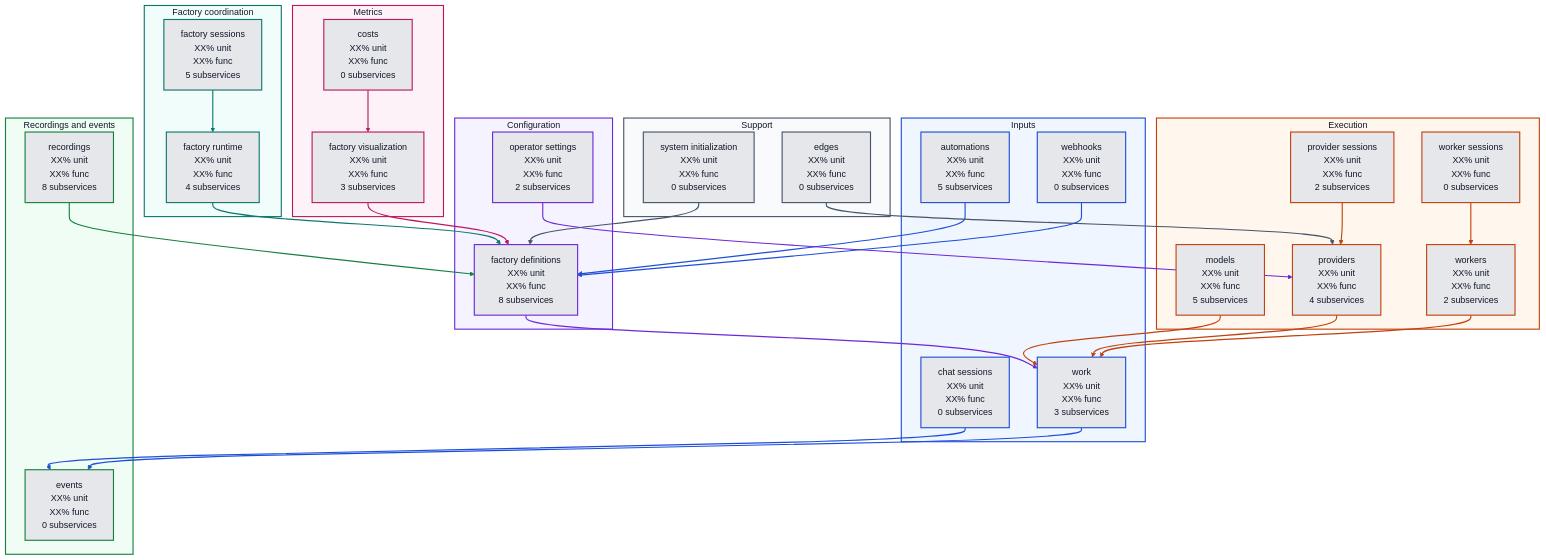
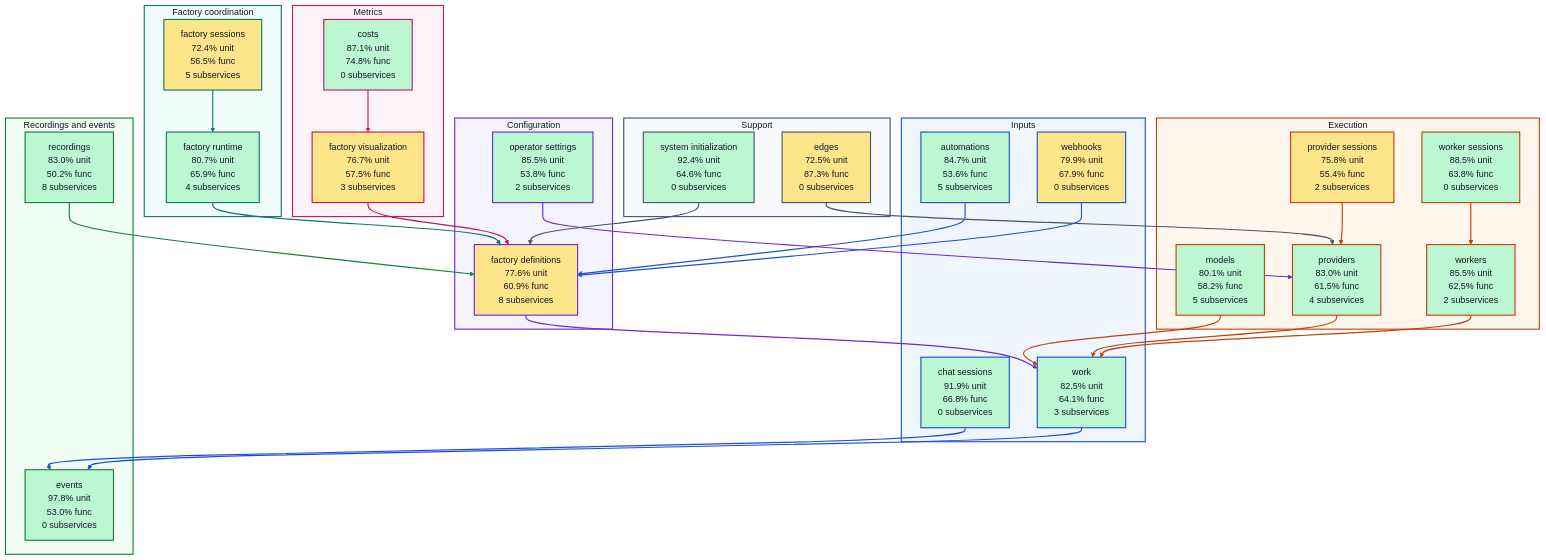
The diagram in docs/architecture/visualizations/high-level-test-coverage.md (portpowered/you-agent-factory), drawn with Mermaid (base theme) before and after one commit. The commit also changed other lines of this file and 20 other files, not shown here.

Commit message:
docs: refresh backend architecture visualizations

````diff
--- a/docs/architecture/visualizations/high-level-test-coverage.md
+++ b/docs/architecture/visualizations/high-level-test-coverage.md
@@ -11,37 +11,37 @@
 ```mermaid
 flowchart TB
   subgraph input["Inputs"]
-    s_services_automations["automations<br/>XX% unit<br/>XX% func<br/>5 subservices"]
-    s_services_chat_sessions["chat sessions<br/>XX% unit<br/>XX% func<br/>0 subservices"]
-    s_services_webhooks["webhooks<br/>XX% unit<br/>XX% func<br/>0 subservices"]
-    s_services_work["work<br/>XX% unit<br/>XX% func<br/>3 subservices"]
+    s_services_automations["automations<br/>84.7% unit<br/>53.6% func<br/>5 subservices"]
+    s_services_chat_sessions["chat sessions<br/>91.9% unit<br/>66.8% func<br/>0 subservices"]
+    s_services_webhooks["webhooks<br/>79.9% unit<br/>67.9% func<br/>0 subservices"]
+    s_services_work["work<br/>82.5% unit<br/>64.1% func<br/>3 subservices"]
   end
   subgraph configuration["Configuration"]
-    s_services_factory_definitions["factory definitions<br/>XX% unit<br/>XX% func<br/>8 subservices"]
-    s_services_operator_settings["operator settings<br/>XX% unit<br/>XX% func<br/>2 subservices"]
+    s_services_factory_definitions["factory definitions<br/>77.6% unit<br/>60.9% func<br/>8 subservices"]
+    s_services_operator_settings["operator settings<br/>85.5% unit<br/>53.8% func<br/>2 subservices"]
   end
   subgraph coordination["Factory coordination"]
-    s_services_factory_runtime["factory runtime<br/>XX% unit<br/>XX% func<br/>4 subservices"]
-    s_services_factory_sessions["factory sessions<br/>XX% unit<br/>XX% func<br/>5 subservices"]
+    s_services_factory_runtime["factory runtime<br/>80.7% unit<br/>65.9% func<br/>4 subservices"]
+    s_services_factory_sessions["factory sessions<br/>72.4% unit<br/>56.5% func<br/>5 subservices"]
   end
   subgraph execution["Execution"]
-    s_services_models["models<br/>XX% unit<br/>XX% func<br/>5 subservices"]
-    s_services_provider_sessions["provider sessions<br/>XX% unit<br/>XX% func<br/>2 subservices"]
-    s_services_providers["providers<br/>XX% unit<br/>XX% func<br/>4 subservices"]
-    s_services_worker_sessions["worker sessions<br/>XX% unit<br/>XX% func<br/>0 subservices"]
-    s_services_workers["workers<br/>XX% unit<br/>XX% func<br/>2 subservices"]
+    s_services_models["models<br/>80.1% unit<br/>58.2% func<br/>5 subservices"]
+    s_services_provider_sessions["provider sessions<br/>75.8% unit<br/>55.4% func<br/>2 subservices"]
+    s_services_providers["providers<br/>83.0% unit<br/>61.5% func<br/>4 subservices"]
+    s_services_worker_sessions["worker sessions<br/>88.5% unit<br/>63.8% func<br/>0 subservices"]
+    s_services_workers["workers<br/>85.5% unit<br/>62.5% func<br/>2 subservices"]
   end
   subgraph recordings["Recordings and events"]
-    s_services_events["events<br/>XX% unit<br/>XX% func<br/>0 subservices"]
-    s_services_recordings["recordings<br/>XX% unit<br/>XX% func<br/>8 subservices"]
+    s_services_events["events<br/>97.8% unit<br/>53.0% func<br/>0 subservices"]
+    s_services_recordings["recordings<br/>83.0% unit<br/>50.2% func<br/>8 subservices"]
   end
   subgraph metrics["Metrics"]
-    s_services_costs["costs<br/>XX% unit<br/>XX% func<br/>0 subservices"]
-    s_services_factory_visualization["factory visualization<br/>XX% unit<br/>XX% func<br/>3 subservices"]
+    s_services_costs["costs<br/>87.1% unit<br/>74.8% func<br/>0 subservices"]
+    s_services_factory_visualization["factory visualization<br/>76.7% unit<br/>57.5% func<br/>3 subservices"]
   end
   subgraph support["Support"]
-    s_services_edges["edges<br/>XX% unit<br/>XX% func<br/>0 subservices"]
-    s_services_system_initialization["system initialization<br/>XX% unit<br/>XX% func<br/>0 subservices"]
+    s_services_edges["edges<br/>72.5% unit<br/>87.3% func<br/>0 subservices"]
+    s_services_system_initialization["system initialization<br/>92.4% unit<br/>64.6% func<br/>0 subservices"]
   end
   s_services_automations --> s_services_factory_definitions
   s_services_chat_sessions --> s_services_events
@@ -61,25 +61,25 @@
   s_services_work --> s_services_events
   s_services_worker_sessions --> s_services_workers
   s_services_workers --> s_services_work
-  style s_services_automations fill:#e5e7eb,stroke:#1d4ed8,stroke-width:2px,color:#111827
-  style s_services_chat_sessions fill:#e5e7eb,stroke:#1d4ed8,stroke-width:2px,color:#111827
-  style s_services_costs fill:#e5e7eb,stroke:#be185d,stroke-width:2px,color:#111827
-  style s_services_edges fill:#e5e7eb,stroke:#475569,stroke-width:2px,color:#111827
-  style s_services_events fill:#e5e7eb,stroke:#15803d,stroke-width:2px,color:#111827
-  style s_services_factory_definitions fill:#e5e7eb,stroke:#6d28d9,stroke-width:2px,color:#111827
-  style s_services_factory_runtime fill:#e5e7eb,stroke:#0f766e,stroke-width:2px,color:#111827
-  style s_services_factory_sessions fill:#e5e7eb,stroke:#0f766e,stroke-width:2px,color:#111827
-  style s_services_factory_visualization fill:#e5e7eb,stroke:#be185d,stroke-width:2px,color:#111827
-  style s_services_models fill:#e5e7eb,stroke:#c2410c,stroke-width:2px,color:#111827
-  style s_services_operator_settings fill:#e5e7eb,stroke:#6d28d9,stroke-width:2px,color:#111827
-  style s_services_provider_sessions fill:#e5e7eb,stroke:#c2410c,stroke-width:2px,color:#111827
-  style s_services_providers fill:#e5e7eb,stroke:#c2410c,stroke-width:2px,color:#111827
-  style s_services_recordings fill:#e5e7eb,stroke:#15803d,stroke-width:2px,color:#111827
-  style s_services_system_initialization fill:#e5e7eb,stroke:#475569,stroke-width:2px,color:#111827
-  style s_services_webhooks fill:#e5e7eb,stroke:#1d4ed8,stroke-width:2px,color:#111827
-  style s_services_work fill:#e5e7eb,stroke:#1d4ed8,stroke-width:2px,color:#111827
-  style s_services_worker_sessions fill:#e5e7eb,stroke:#c2410c,stroke-width:2px,color:#111827
-  style s_services_workers fill:#e5e7eb,stroke:#c2410c,stroke-width:2px,color:#111827
+  style s_services_automations fill:#bbf7d0,stroke:#1d4ed8,stroke-width:2px,color:#111827
+  style s_services_chat_sessions fill:#bbf7d0,stroke:#1d4ed8,stroke-width:2px,color:#111827
+  style s_services_costs fill:#bbf7d0,stroke:#be185d,stroke-width:2px,color:#111827
+  style s_services_edges fill:#fde68a,stroke:#475569,stroke-width:2px,color:#111827
+  style s_services_events fill:#bbf7d0,stroke:#15803d,stroke-width:2px,color:#111827
+  style s_services_factory_definitions fill:#fde68a,stroke:#6d28d9,stroke-width:2px,color:#111827
+  style s_services_factory_runtime fill:#bbf7d0,stroke:#0f766e,stroke-width:2px,color:#111827
+  style s_services_factory_sessions fill:#fde68a,stroke:#0f766e,stroke-width:2px,color:#111827
+  style s_services_factory_visualization fill:#fde68a,stroke:#be185d,stroke-width:2px,color:#111827
+  style s_services_models fill:#bbf7d0,stroke:#c2410c,stroke-width:2px,color:#111827
+  style s_services_operator_settings fill:#bbf7d0,stroke:#6d28d9,stroke-width:2px,color:#111827
+  style s_services_provider_sessions fill:#fde68a,stroke:#c2410c,stroke-width:2px,color:#111827
+  style s_services_providers fill:#bbf7d0,stroke:#c2410c,stroke-width:2px,color:#111827
+  style s_services_recordings fill:#bbf7d0,stroke:#15803d,stroke-width:2px,color:#111827
+  style s_services_system_initialization fill:#bbf7d0,stroke:#475569,stroke-width:2px,color:#111827
+  style s_services_webhooks fill:#fde68a,stroke:#1d4ed8,stroke-width:2px,color:#111827
+  style s_services_work fill:#bbf7d0,stroke:#1d4ed8,stroke-width:2px,color:#111827
+  style s_services_worker_sessions fill:#bbf7d0,stroke:#c2410c,stroke-width:2px,color:#111827
+  style s_services_workers fill:#bbf7d0,stroke:#c2410c,stroke-width:2px,color:#111827
   style input fill:#eff6ff,stroke:#1d4ed8,stroke-width:2px,color:#111827
   style configuration fill:#f5f3ff,stroke:#6d28d9,stroke-width:2px,color:#111827
   style coordination fill:#f0fdfa,stroke:#0f766e,stroke-width:2px,color:#111827
````
